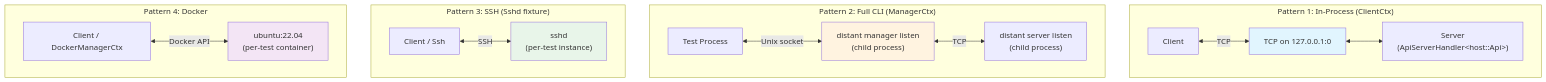
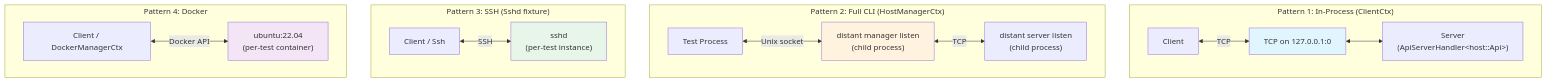
One commit to chipsenkbeil/distant changed diagram 17 of 17 in docs/ARCHITECTURE.md. Above: the diagram before and after it, drawn with Mermaid. The commit also changed other lines of this file and 76 other files, not shown here.

````diff
--- a/docs/ARCHITECTURE.md
+++ b/docs/ARCHITECTURE.md
@@ -1376,35 +1376,35 @@
 ```mermaid
 flowchart TB
     subgraph "Pattern 1: In-Process (ClientCtx)"
         P1_Client["Client"]
         P1_Server["Server<br/>(ApiServerHandler&lt;host::Api&gt;)"]
         P1_Transport["TCP on 127.0.0.1:0"]
         P1_Client <-->|"TCP"| P1_Transport
         P1_Transport <--> P1_Server
     end
 
-    subgraph "Pattern 2: Full CLI (ManagerCtx)"
+    subgraph "Pattern 2: Full CLI (HostManagerCtx)"
         P2_Test["Test Process"]
         P2_Manager["distant manager listen<br/>(child process)"]
         P2_Server["distant server listen<br/>(child process)"]
         P2_Test <-->|"Unix socket"| P2_Manager
         P2_Manager <-->|"TCP"| P2_Server
     end
 
     subgraph "Pattern 3: SSH (Sshd fixture)"
         P3_Client["Client / Ssh"]
         P3_Sshd["sshd<br/>(per-test instance)"]
         P3_Client <-->|"SSH"| P3_Sshd
     end
 
     subgraph "Pattern 4: Docker"
         P4_Client["Client / DockerManagerCtx"]
         P4_Container["ubuntu:22.04<br/>(per-test container)"]
         P4_Client <-->|"Docker API"| P4_Container
     end
 
     style P1_Transport fill:#e1f5fe
     style P2_Manager fill:#fff3e0
     style P3_Sshd fill:#e8f5e9
     style P4_Container fill:#f3e5f5
 ```
````
